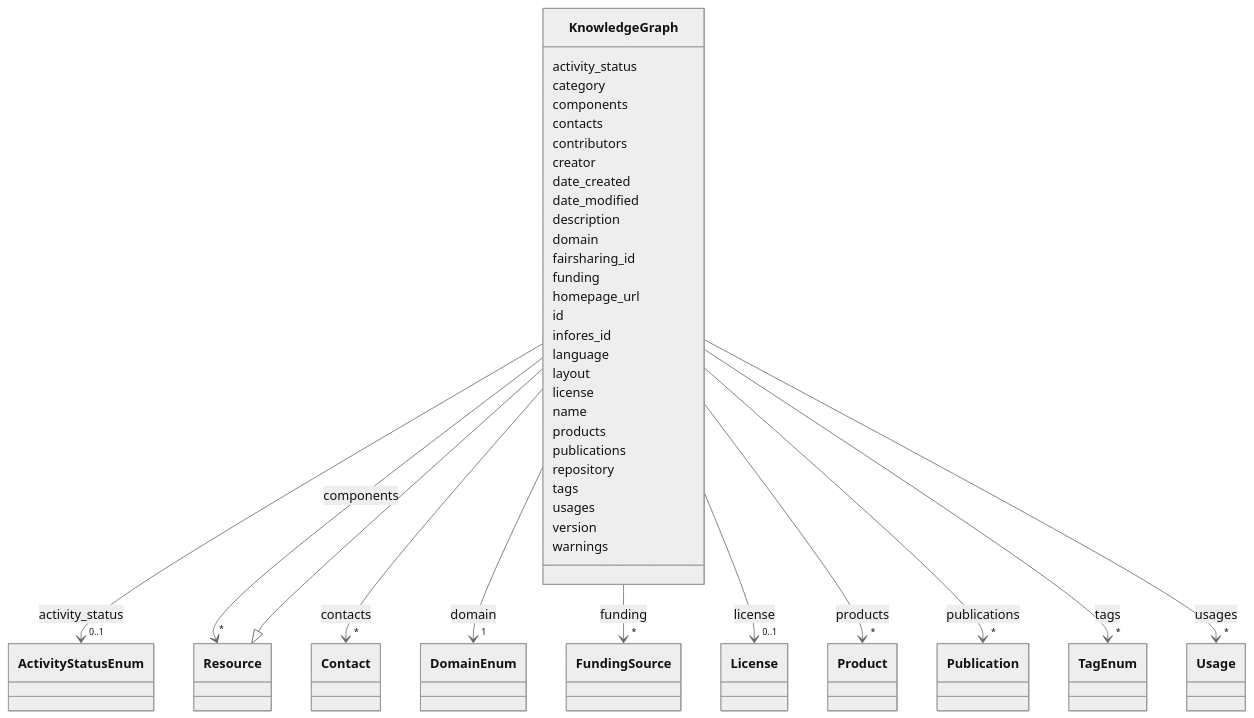
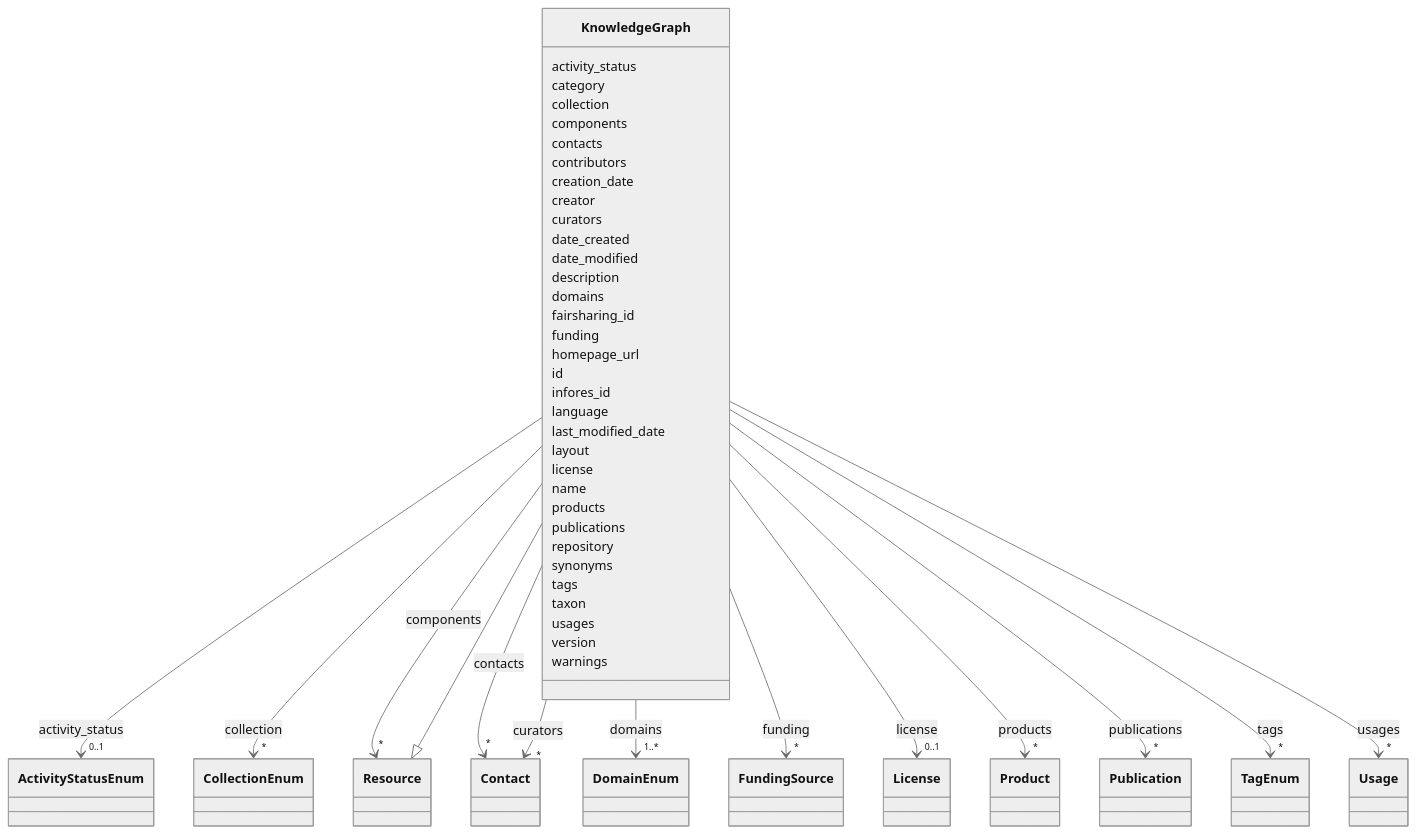
The diagram in docs/schema/KnowledgeGraph.md (Knowledge-Graph-Hub/kg-registry), drawn with Mermaid (neutral theme) before and after one commit. The commit also changed other lines of this file and 141 other files, not shown here.

````diff
--- a/docs/schema/KnowledgeGraph.md
+++ b/docs/schema/KnowledgeGraph.md
@@ -24,131 +23,181 @@
 ```mermaid
  classDiagram
     class KnowledgeGraph
-    click KnowledgeGraph href "KnowledgeGraph.html"
+    click KnowledgeGraph href "KnowledgeGraph/.html"
       Resource <|-- KnowledgeGraph
-        click Resource href "Resource.html"
-      
+        click Resource href "Resource/.html"
+
       KnowledgeGraph : activity_status
-        
-          
-    
-    
-    KnowledgeGraph --> "0..1" ActivityStatusEnum : activity_status
-    click ActivityStatusEnum href "ActivityStatusEnum.html"
 
-        
+
+
+
+
+        KnowledgeGraph --> "0..1" ActivityStatusEnum : activity_status
+        click ActivityStatusEnum href "ActivityStatusEnum/.html"
+
+
+
       KnowledgeGraph : category
-        
+
+      KnowledgeGraph : collection
+
+
+
+
+
+        KnowledgeGraph --> "*" CollectionEnum : collection
+        click CollectionEnum href "CollectionEnum/.html"
+
+
+
       KnowledgeGraph : components
-        
-          
-    
-    
-    KnowledgeGraph --> "*" Resource : components
-    click Resource href "Resource.html"
 
-        
+
+
+
+
+        KnowledgeGraph --> "*" Resource : components
+        click Resource href "Resource/.html"
+
+
+
       KnowledgeGraph : contacts
-        
-          
-    
-    
-    KnowledgeGraph --> "*" Contact : contacts
-    click Contact href "Contact.html"
 
-        
+
+
+
+
+        KnowledgeGraph --> "*" Contact : contacts
+        click Contact href "Contact/.html"
+
+
+
       KnowledgeGraph : contributors
-        
+
+      KnowledgeGraph : creation_date
+
       KnowledgeGraph : creator
-        
+
+      KnowledgeGraph : curators
+
+
+
+
+
+        KnowledgeGraph --> "*" Contact : curators
+        click Contact href "Contact/.html"
+
+
+
       KnowledgeGraph : date_created
-        
+
       KnowledgeGraph : date_modified
-        
+
       KnowledgeGraph : description
-        
-      KnowledgeGraph : domain
-        
-          
-    
-    
-    KnowledgeGraph --> "1" DomainEnum : domain
-    click DomainEnum href "DomainEnum.html"
 
-        
+      KnowledgeGraph : domains
+
+
+
+
+
+        KnowledgeGraph --> "1..*" DomainEnum : domains
+        click DomainEnum href "DomainEnum/.html"
+
+
+
       KnowledgeGraph : fairsharing_id
-        
+
       KnowledgeGraph : funding
-        
-          
-    
-    
-    KnowledgeGraph --> "*" FundingSource : funding
-    click FundingSource href "FundingSource.html"
 
-        
+
+
+
+
+        KnowledgeGraph --> "*" FundingSource : funding
+        click FundingSource href "FundingSource/.html"
+
+
+
       KnowledgeGraph : homepage_url
-        
+
       KnowledgeGraph : id
-        
+
       KnowledgeGraph : infores_id
-        
+
       KnowledgeGraph : language
-        
+
+      KnowledgeGraph : last_modified_date
+
       KnowledgeGraph : layout
-        
+
       KnowledgeGraph : license
-        
-          
-    
-    
-    KnowledgeGraph --> "0..1" License : license
-    click License href "License.html"
 
-        
+
+
+
+
+        KnowledgeGraph --> "0..1" License : license
+        click License href "License/.html"
+
+
+
       KnowledgeGraph : name
-        
+
       KnowledgeGraph : products
-        
-          
-    
-    
-    KnowledgeGraph --> "*" Product : products
-    click Product href "Product.html"
 
-        
+
+
+
+
+        KnowledgeGraph --> "*" Product : products
+        click Product href "Product/.html"
+
+
+
       KnowledgeGraph : publications
-        
-          
-    
-    
-    KnowledgeGraph --> "*" Publication : publications
-    click Publication href "Publication.html"
 
-        
+
+
+
+
+        KnowledgeGraph --> "*" Publication : publications
+        click Publication href "Publication/.html"
+
+
+
       KnowledgeGraph : repository
-        
+
+      KnowledgeGraph : synonyms
+
       KnowledgeGraph : tags
-        
-          
-    
-    
-    KnowledgeGraph --> "*" TagEnum : tags
-    click TagEnum href "TagEnum.html"
 
-        
+
+
+
+
+        KnowledgeGraph --> "*" TagEnum : tags
+        click TagEnum href "TagEnum/.html"
+
+
+
+      KnowledgeGraph : taxon
+
       KnowledgeGraph : usages
-        
-          
-    
-    
-    KnowledgeGraph --> "*" Usage : usages
-    click Usage href "Usage.html"
 
-        
+
+
+
+
+        KnowledgeGraph --> "*" Usage : usages
+        click Usage href "Usage/.html"
+
+
+
       KnowledgeGraph : version
-        
+
       KnowledgeGraph : warnings
-        
-      
+
+
 ```
````
